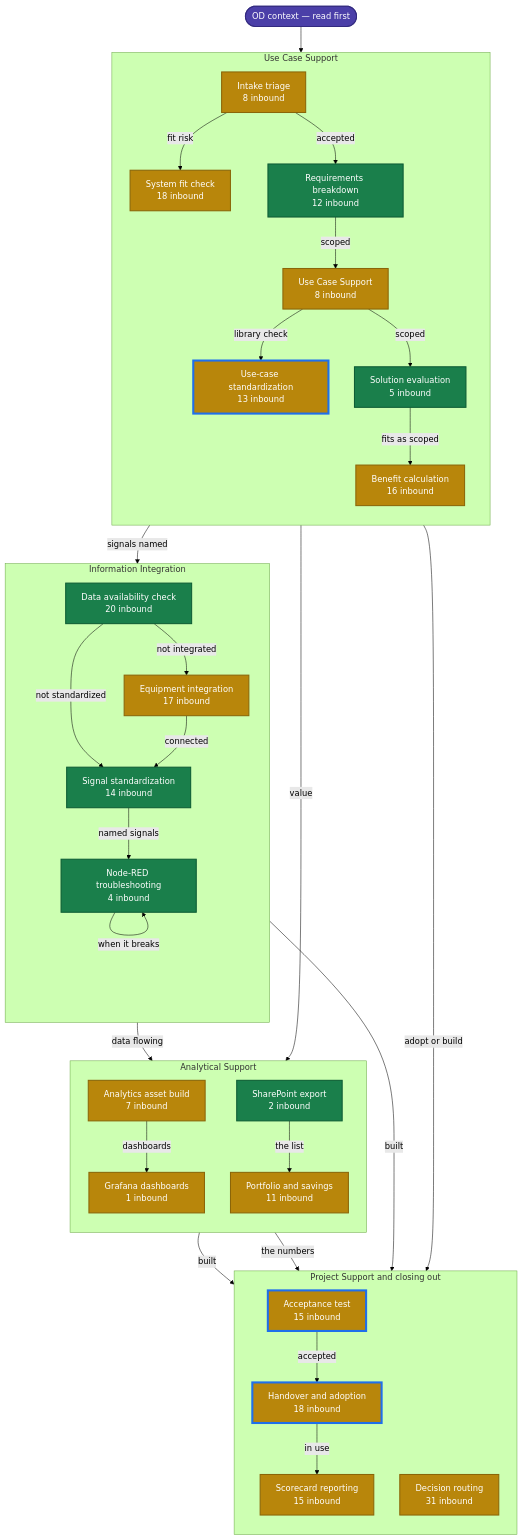
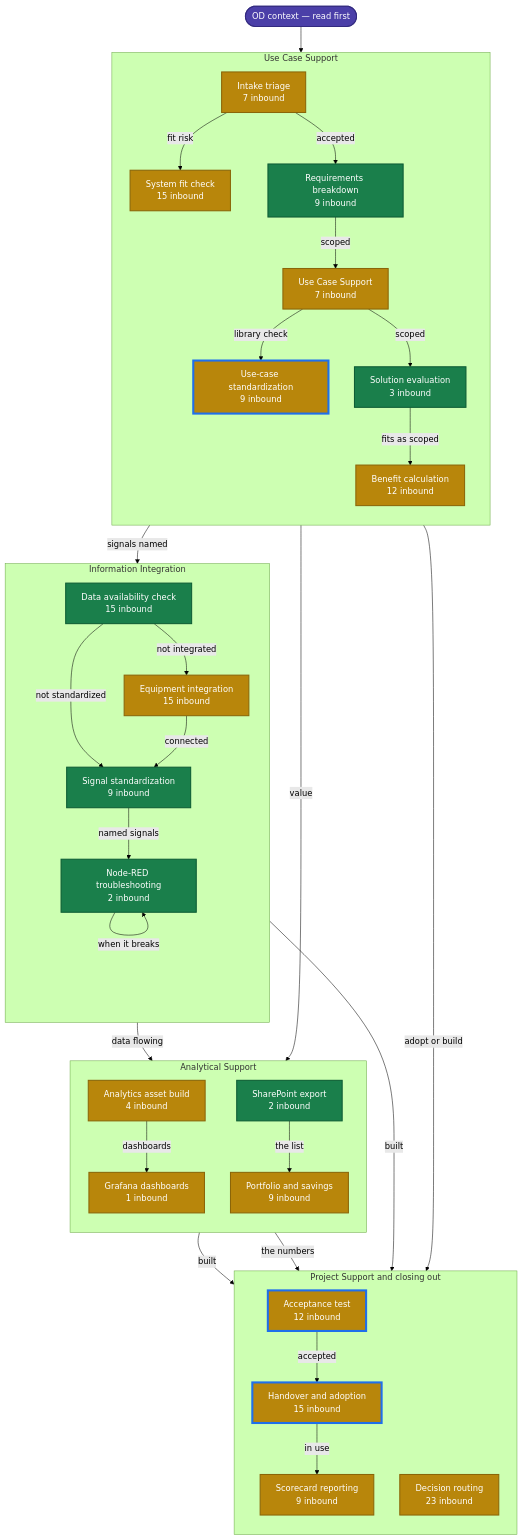
The diagram in docs/skill-state-map.md (ops-digit-io/operations-digitalization-skill-registry), drawn with Mermaid (forest theme) before and after one commit. The commit also changed other lines of this file and 378 other files, not shown here.

````diff
--- a/docs/skill-state-map.md
+++ b/docs/skill-state-map.md
@@ -20,69 +20,69 @@
 ```mermaid
 flowchart TD
     ctx(["OD context — read first"])
     subgraph UC["Use Case Support"]
     direction TB
-        od_use_case_intake_triage["Intake triage<br/>8 inbound"]
-        od_system_fit_check["System fit check<br/>18 inbound"]
-        od_requirements_breakdown["Requirements breakdown<br/>12 inbound"]
-        od_use_case_definition["Use Case Support<br/>8 inbound"]
-        od_use_case_solution_evaluation["Solution evaluation<br/>5 inbound"]
-        od_use_case_standardization["Use-case standardization<br/>13 inbound"]
-        od_benefit_calculation["Benefit calculation<br/>16 inbound"]
+        od_use_case_intake_triage["Intake triage<br/>7 inbound"]
+        od_system_fit_check["System fit check<br/>15 inbound"]
+        od_requirements_breakdown["Requirements breakdown<br/>9 inbound"]
+        od_use_case_definition["Use Case Support<br/>7 inbound"]
+        od_use_case_solution_evaluation["Solution evaluation<br/>3 inbound"]
+        od_use_case_standardization["Use-case standardization<br/>9 inbound"]
+        od_benefit_calculation["Benefit calculation<br/>12 inbound"]
     end
     subgraph II["Information Integration"]
     direction TB
-        od_data_availability_check["Data availability check<br/>20 inbound"]
-        od_equipment_integration["Equipment integration<br/>17 inbound"]
-        od_signal_standardization["Signal standardization<br/>14 inbound"]
-        od_node_red_flows["Node-RED troubleshooting<br/>4 inbound"]
-        od_node_red_flows["Node-RED troubleshooting<br/>4 inbound"]
+        od_data_availability_check["Data availability check<br/>15 inbound"]
+        od_equipment_integration["Equipment integration<br/>15 inbound"]
+        od_signal_standardization["Signal standardization<br/>9 inbound"]
+        od_node_red_flows["Node-RED troubleshooting<br/>2 inbound"]
+        od_node_red_flows["Node-RED troubleshooting<br/>2 inbound"]
     end
     subgraph AS["Analytical Support"]
     direction TB
-        od_analytics_asset_build["Analytics asset build<br/>7 inbound"]
+        od_analytics_asset_build["Analytics asset build<br/>4 inbound"]
         build_grafana_ops_dashboard["Grafana dashboards<br/>1 inbound"]
-        od_portfolio_and_savings_analysis["Portfolio and savings<br/>11 inbound"]
+        od_portfolio_and_savings_analysis["Portfolio and savings<br/>9 inbound"]
         od_sharepoint_list_export["SharePoint export<br/>2 inbound"]
     end
     subgraph PS["Project Support and closing out"]
     direction TB
-        od_acceptance_test["Acceptance test<br/>15 inbound"]
-        od_handover_and_adoption["Handover and adoption<br/>18 inbound"]
-        od_scorecard_reporting["Scorecard reporting<br/>15 inbound"]
-        od_decision_routing["Decision routing<br/>31 inbound"]
+        od_acceptance_test["Acceptance test<br/>12 inbound"]
+        od_handover_and_adoption["Handover and adoption<br/>15 inbound"]
+        od_scorecard_reporting["Scorecard reporting<br/>9 inbound"]
+        od_decision_routing["Decision routing<br/>23 inbound"]
     end
     od_use_case_intake_triage -->|fit risk| od_system_fit_check
     od_use_case_intake_triage -->|accepted| od_requirements_breakdown
     od_requirements_breakdown -->|scoped| od_use_case_definition
     od_requirements_breakdown -->|signals named| od_data_availability_check
     od_use_case_definition -->|library check| od_use_case_standardization
     od_use_case_definition -->|scoped| od_use_case_solution_evaluation
     od_use_case_solution_evaluation -->|fits as scoped| od_benefit_calculation
     od_data_availability_check -->|not integrated| od_equipment_integration
     od_data_availability_check -->|not standardized| od_signal_standardization
     od_equipment_integration -->|connected| od_signal_standardization
     od_signal_standardization -->|named signals| od_node_red_flows
     od_node_red_flows -->|when it breaks| od_node_red_flows
     od_node_red_flows -->|data flowing| od_analytics_asset_build
     od_analytics_asset_build -->|dashboards| build_grafana_ops_dashboard
     od_analytics_asset_build -->|built| od_acceptance_test
     od_node_red_flows -->|built| od_acceptance_test
     od_acceptance_test -->|accepted| od_handover_and_adoption
     od_handover_and_adoption -->|in use| od_scorecard_reporting
     od_benefit_calculation -->|value| od_portfolio_and_savings_analysis
     od_sharepoint_list_export -->|the list| od_portfolio_and_savings_analysis
     od_portfolio_and_savings_analysis -->|the numbers| od_scorecard_reporting
     od_use_case_standardization -->|adopt or build| od_decision_routing
     ctx --> od_use_case_intake_triage
 
     classDef deep fill:#1a7f4b,stroke:#0d5c34,color:#ffffff,stroke-width:2px;
     classDef documented fill:#b8860b,stroke:#8a6508,color:#ffffff,stroke-width:2px;
     classDef stub fill:#e8e8e8,stroke:#9a9a9a,color:#333333,stroke-dasharray:4 3;
     classDef nxt stroke:#1f6feb,stroke-width:4px;
     classDef ctx fill:#4b3fa8,stroke:#332a80,color:#ffffff,stroke-width:2px;
     class od_requirements_breakdown,od_use_case_solution_evaluation,od_data_availability_check,od_sharepoint_list_export,od_signal_standardization,od_node_red_flows deep;
     class od_use_case_intake_triage,od_system_fit_check,od_use_case_definition,od_benefit_calculation,od_use_case_standardization,od_equipment_integration,od_acceptance_test,od_handover_and_adoption,od_analytics_asset_build,od_scorecard_reporting,od_portfolio_and_savings_analysis,od_decision_routing,build_grafana_ops_dashboard documented;
     class od_acceptance_test,od_use_case_standardization,od_handover_and_adoption nxt;
     class ctx ctx;
 ```
````
